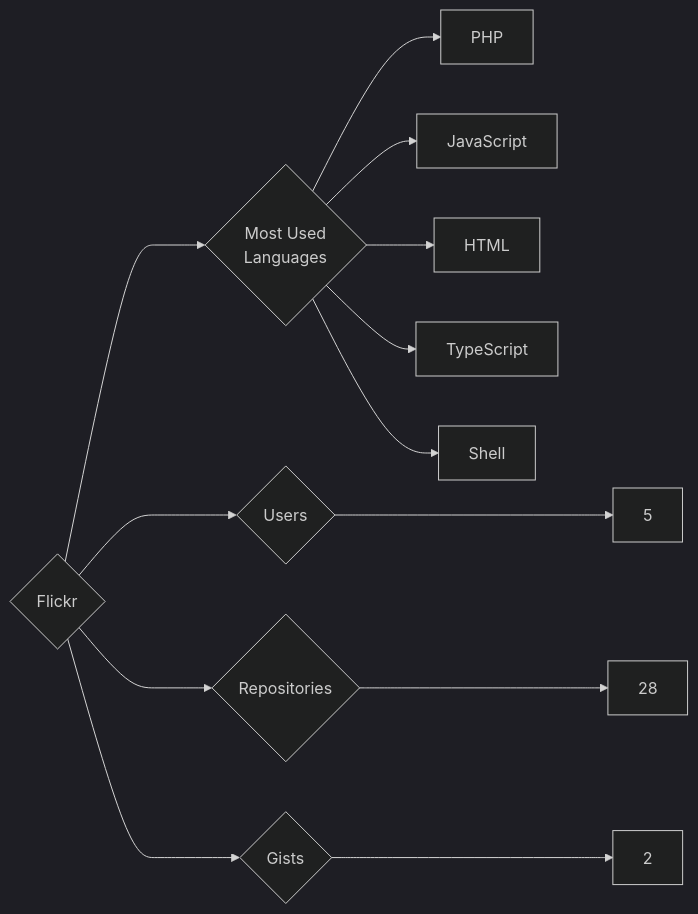
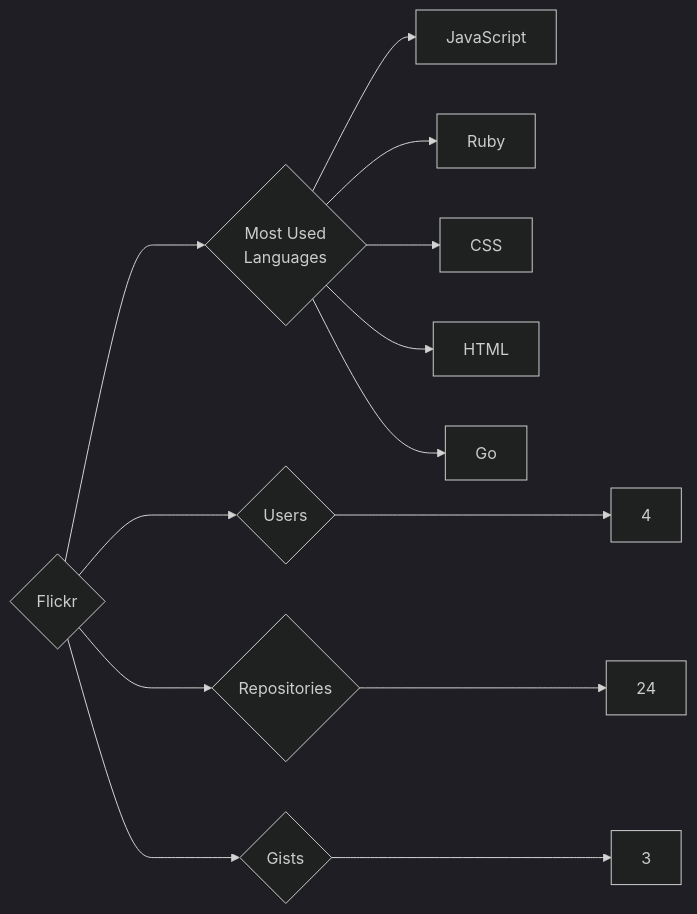
The diagram in targets/Flickr/README.md (trickest/insiders), drawn with Mermaid (dark theme) before and after one commit. The commit also changed 1175 other files, not shown here.

````diff
--- a/targets/Flickr/README.md
+++ b/targets/Flickr/README.md
@@ -3,13 +3,13 @@
 ```mermaid
 graph LR
 COMPANY_NAME{Flickr}
-COMPANY_NAME ---> U{Users} ---> UN[5]
-COMPANY_NAME ---> R{Repositories} ---> RN[28]
-COMPANY_NAME ---> G{Gists} ---> GN[2]
+COMPANY_NAME ---> U{Users} ---> UN[4]
+COMPANY_NAME ---> R{Repositories} ---> RN[24]
+COMPANY_NAME ---> G{Gists} ---> GN[3]
 COMPANY_NAME ---> ML{Most Used<br>Languages}
-ML --> PHP[PHP]
 ML --> JavaScript[JavaScript]
+ML --> Ruby[Ruby]
+ML --> CSS[CSS]
 ML --> HTML[HTML]
-ML --> TypeScript[TypeScript]
-ML --> Shell[Shell]
+ML --> Go[Go]
 ```
````
